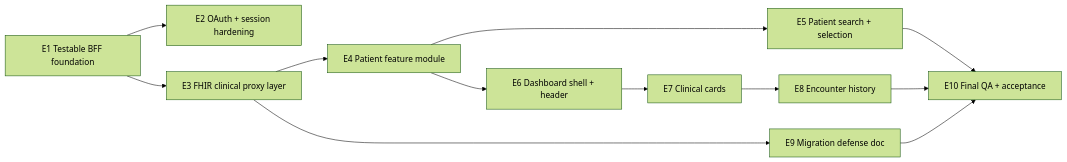
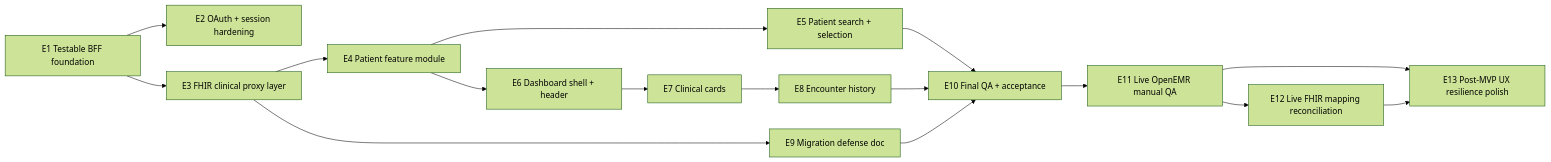
One commit to MichaelHabermas/openemr-client changed the third of 3 diagrams in docs/PLAN.md. Above: the diagram before and after it, drawn with Mermaid (forest theme). The commit also changed other lines of this file and 9 other files, not shown here.

````diff
--- a/docs/PLAN.md
+++ b/docs/PLAN.md
@@ -64,14 +64,18 @@
 ```mermaid
 flowchart LR
   E1["E1 Testable BFF foundation"] --> E2["E2 OAuth + session hardening"]
   E1 --> E3["E3 FHIR clinical proxy layer"]
   E3 --> E4["E4 Patient feature module"]
   E4 --> E5["E5 Patient search + selection"]
   E4 --> E6["E6 Dashboard shell + header"]
   E6 --> E7["E7 Clinical cards"]
   E7 --> E8["E8 Encounter history"]
   E3 --> E9["E9 Migration defense doc"]
   E5 --> E10["E10 Final QA + acceptance"]
   E8 --> E10
   E9 --> E10
+  E10 --> E11["E11 Live OpenEMR manual QA"]
+  E11 --> E12["E12 Live FHIR mapping reconciliation"]
+  E11 --> E13["E13 Post-MVP UX resilience polish"]
+  E12 --> E13
 ```
````
